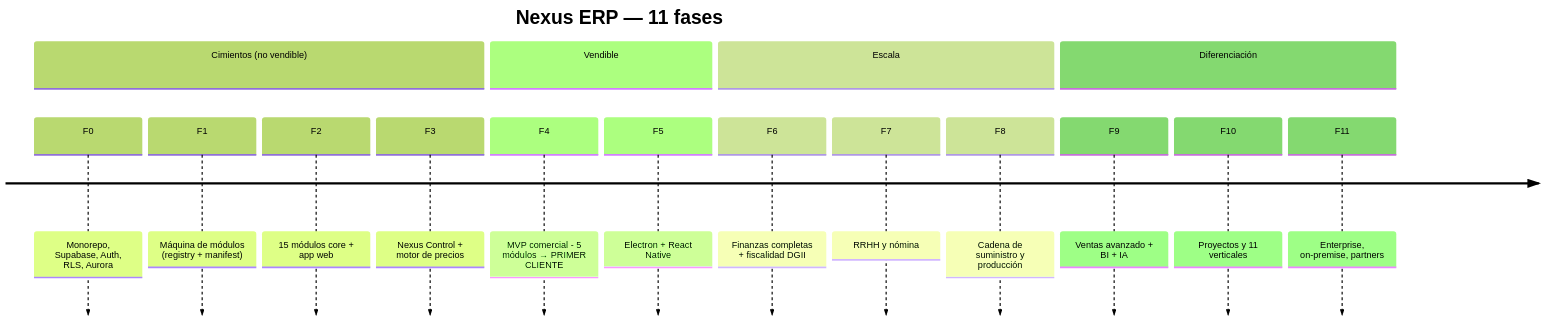
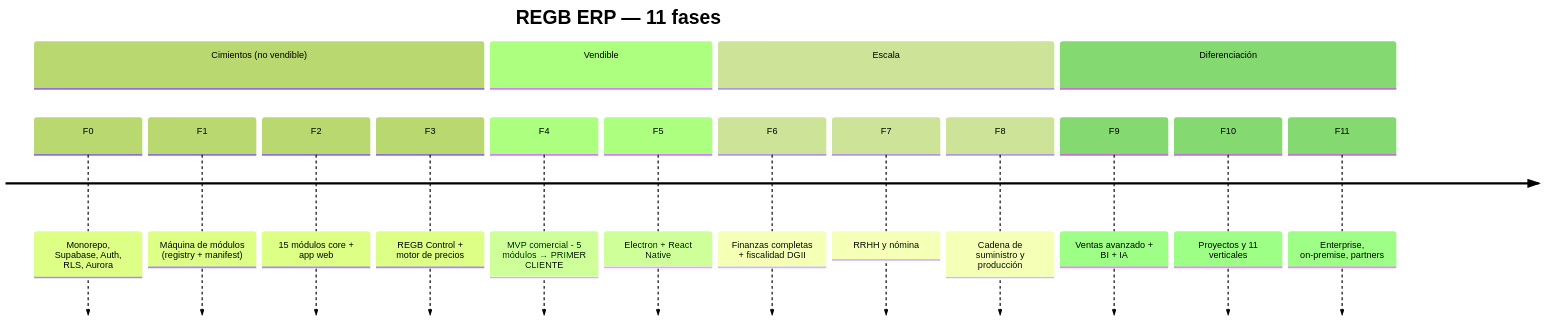
Before and after one commit to RandyGrullon/REGB_ERP: the second of 2 diagrams in docs/FASES-DE-DESARROLLO.md, drawn with Mermaid (forest theme). The commit also changed other lines of this file and 70 other files, not shown here.

First line of the commit message:
Renombrado completo: Nexus ERP -> REGB ERP

````diff
--- a/docs/FASES-DE-DESARROLLO.md
+++ b/docs/FASES-DE-DESARROLLO.md
@@ -67,20 +67,20 @@
 ```mermaid
 timeline
-    title Nexus ERP — 11 fases
+    title REGB ERP — 11 fases
     section Cimientos (no vendible)
       F0 : Monorepo, Supabase, Auth, RLS, Aurora
       F1 : Máquina de módulos (registry + manifest)
       F2 : 15 módulos core + app web
-      F3 : Nexus Control + motor de precios
+      F3 : REGB Control + motor de precios
     section Vendible
       F4 : MVP comercial - 5 módulos → PRIMER CLIENTE
       F5 : Electron + React Native
     section Escala
       F6 : Finanzas completas + fiscalidad DGII
       F7 : RRHH y nómina
       F8 : Cadena de suministro y producción
     section Diferenciación
       F9 : Ventas avanzado + BI + IA
       F10 : Proyectos y 11 verticales
       F11 : Enterprise, on-premise, partners
 ```
````
